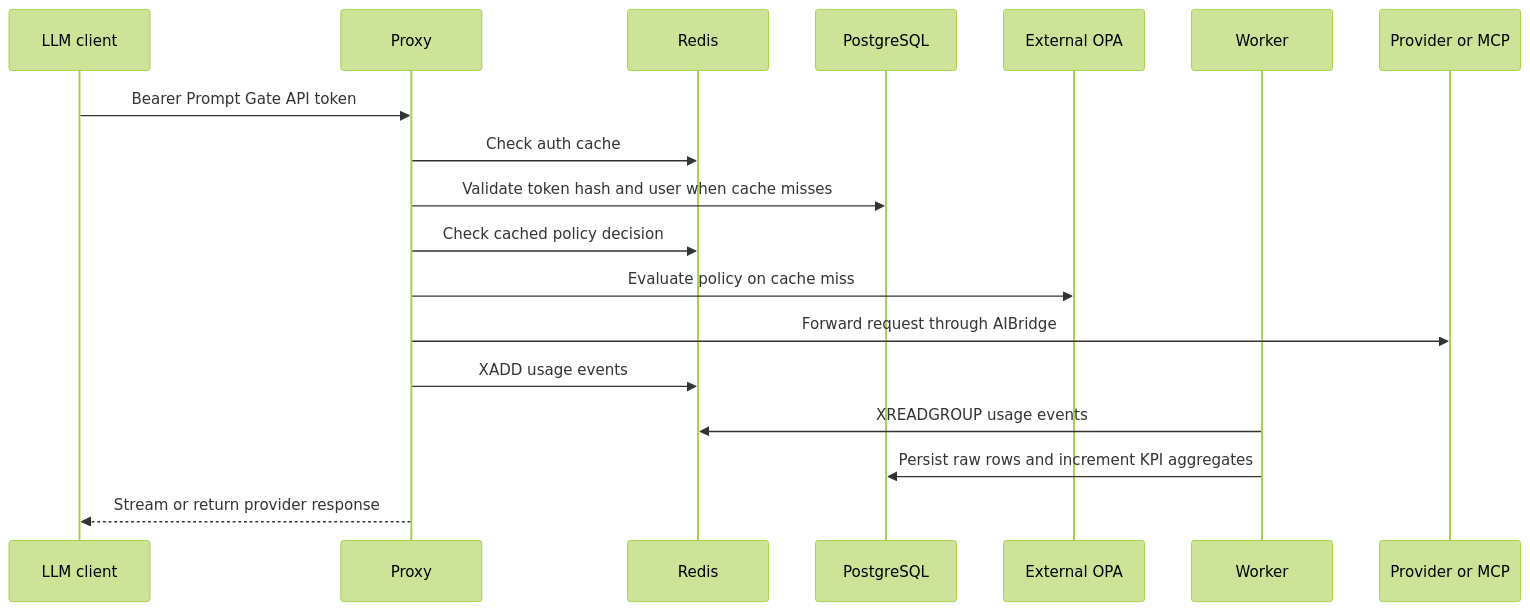
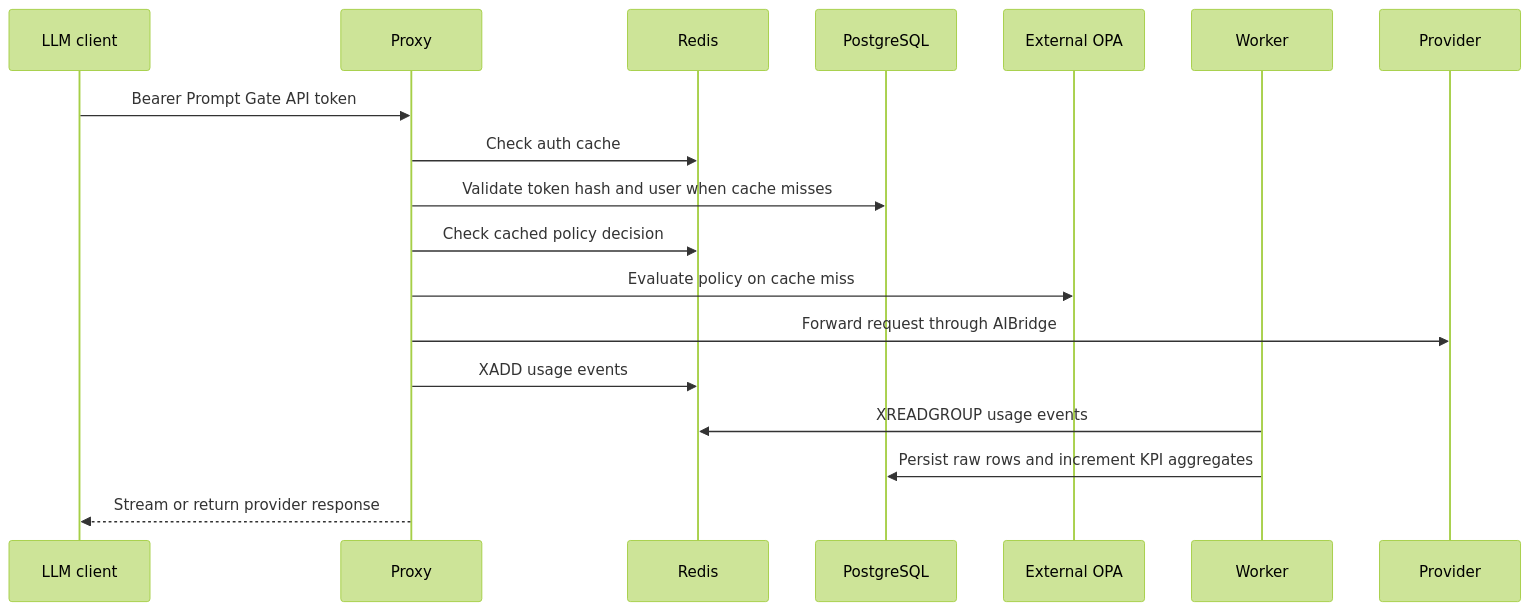
One commit to thomas-illiet/prompt-gate changed the third of 4 diagrams in docs/architecture.md. Above: the diagram before and after it, drawn with Mermaid (forest theme). The commit also changed other lines of this file and 40 other files, not shown here.

````diff
--- a/docs/architecture.md
+++ b/docs/architecture.md
@@ -108,21 +105,21 @@
 ```mermaid
 sequenceDiagram
     participant C as LLM client
     participant P as Proxy
     participant R as Redis
     participant D as PostgreSQL
     participant O as External OPA
     participant W as Worker
-    participant U as Provider or MCP
+    participant U as Provider
 
     C->>P: Bearer Prompt Gate API token
     P->>R: Check auth cache
     P->>D: Validate token hash and user when cache misses
     P->>R: Check cached policy decision
     P->>O: Evaluate policy on cache miss
     P->>U: Forward request through AIBridge
     P->>R: XADD usage events
     W->>R: XREADGROUP usage events
     W->>D: Persist raw rows and increment KPI aggregates
     P-->>C: Stream or return provider response
 ```
````
